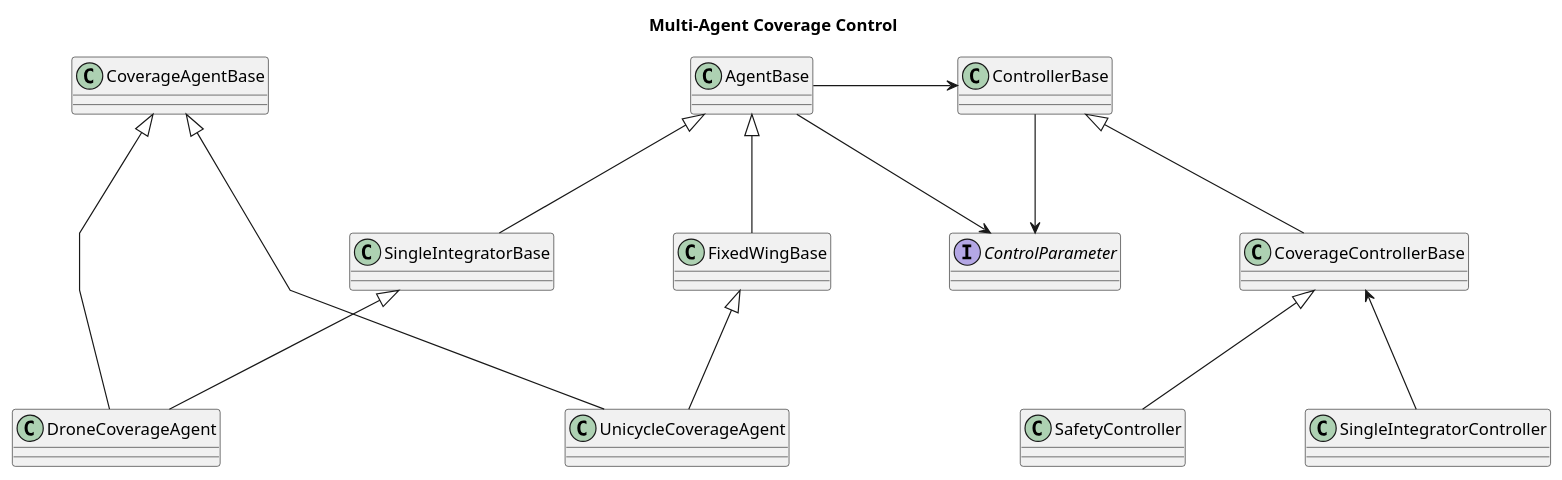
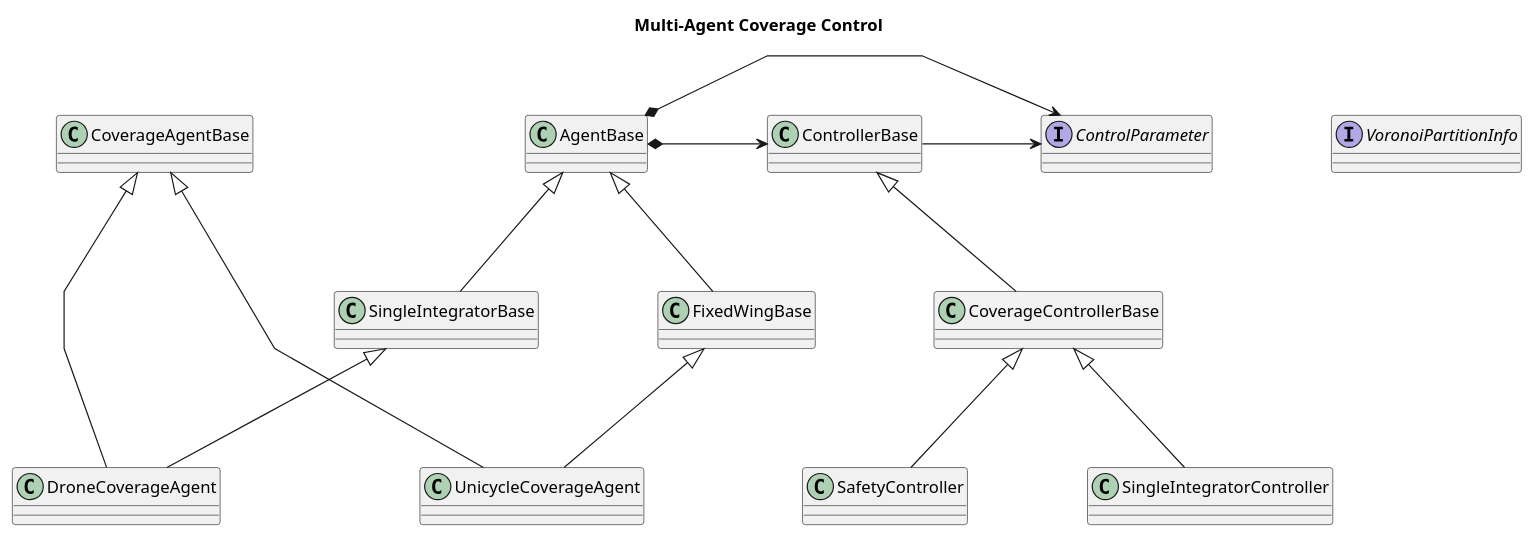
One commit to nk-le/Multi-Agent-Coverage-Control changed the diagram in Design/SoftwareArchitecture.pu. Above: the diagram before and after it, drawn with PlantUML. The commit also changed 8 other files, not shown here.

```diff
--- a/Design/SoftwareArchitecture.pu
+++ b/Design/SoftwareArchitecture.pu
@@ -1,60 +1,60 @@
 @startuml
 ' Settings
 ' ============================
 
 ' use +,#,- instead of icons
 'skinparam classAttributeIconSize 0
 
 ' horizontal distance in px
 skinparam nodesep 100 
 
 ' vertical distance in px
 skinparam ranksep 100
 
 ' use only straight lines (ortho/polyline)
 skinparam linetype polyline
 
 ' title
 title Multi-Agent Coverage Control
 
 class AgentBase
 
 class CoverageAgentBase
 
 class ControllerBase
 
 class CoverageControllerBase
 
 class SingleIntegratorBase
 
 class FixedWingBase
 
 class UnicycleCoverageAgent
 class DroneCoverageAgent
 
 'class BLFController
 ' Interfaces
 Interface ControlParameter
-
+Interface VoronoiPartitionInfo
 ' Relationship
 
 AgentBase <|-d- FixedWingBase
 AgentBase <|-d- SingleIntegratorBase
 
-ControllerBase --> ControlParameter
-AgentBase --> ControlParameter
+ControllerBase -r-> ControlParameter
+AgentBase *-r-> ControlParameter
 
-AgentBase -r-> ControllerBase
+AgentBase *-r-> ControllerBase
 CoverageControllerBase -u-|> ControllerBase
 
 UnicycleCoverageAgent -u-|> FixedWingBase
 UnicycleCoverageAgent -u-|> CoverageAgentBase
 CoverageAgentBase -[hidden]r-> AgentBase
 
 DroneCoverageAgent -u-|> SingleIntegratorBase
 DroneCoverageAgent -u-|> CoverageAgentBase
 
 SafetyController -u-|> CoverageControllerBase
-SingleIntegratorController -u-> CoverageControllerBase
+SingleIntegratorController -u-|> CoverageControllerBase
 
 @enduml
```
